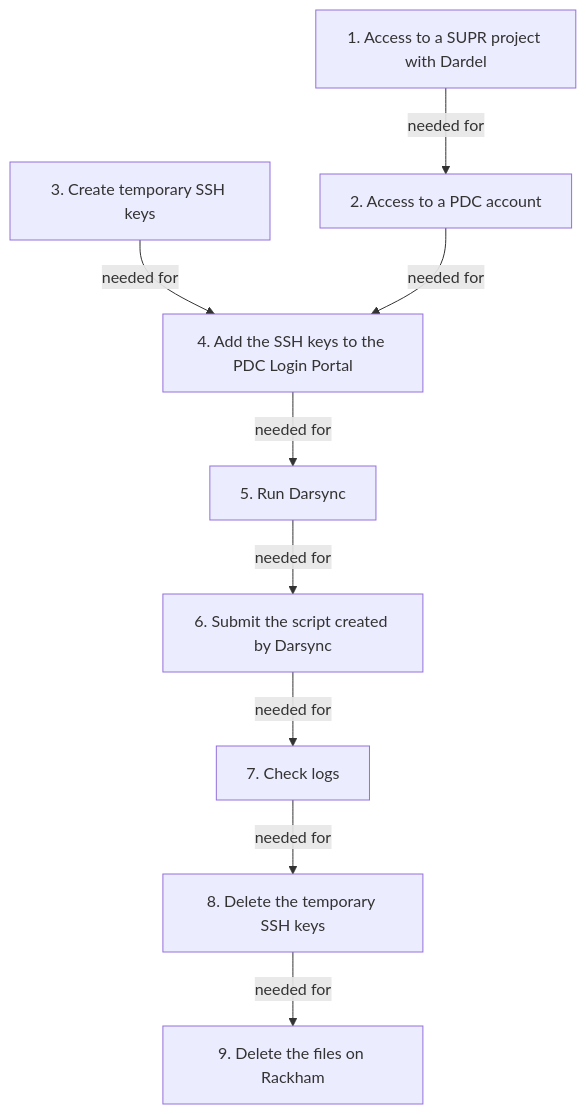
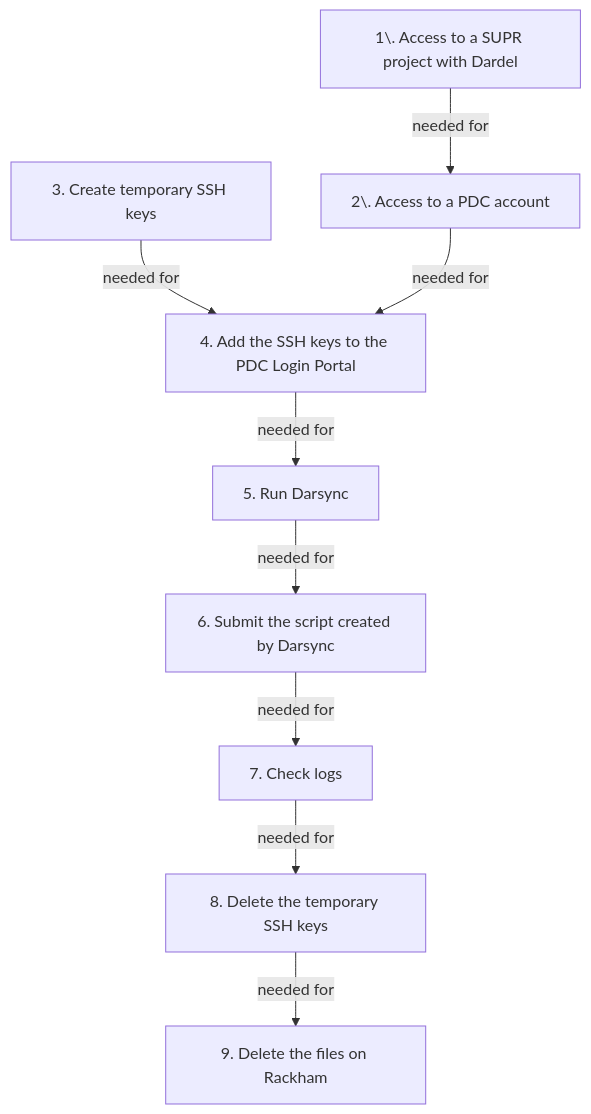
One commit to UPPMAX/UPPMAX-documentation changed the diagram in docs/cluster_guides/dardel_migration.md. Above: the diagram before and after it, drawn with Mermaid.

````diff
--- a/docs/cluster_guides/dardel_migration.md
+++ b/docs/cluster_guides/dardel_migration.md
@@ -62,22 +62,22 @@
 ```mermaid
 flowchart TD
-  get_supr_project[1. Access to a SUPR project with Dardel]
-  get_pdc_account[2. Access to a PDC account]
+  get_supr_project[1\. Access to a SUPR project with Dardel]
+  get_pdc_account[2\. Access to a PDC account]
   create_ssh_key[3. Create temporary SSH keys]
   add_ssh_key[4. Add the SSH keys to the PDC Login Portal]
   run_darsync[5. Run Darsync]
   slurm[6. Submit the script created by Darsync]
   check_logs[7. Check logs]
   delete_ssh_keys[8. Delete the temporary SSH keys]
   delete_rackham_files[9. Delete the files on Rackham]
 
   get_supr_project --> |needed for| get_pdc_account
 
   create_ssh_key --> |needed for| add_ssh_key
   get_pdc_account --> |needed for| add_ssh_key
   add_ssh_key --> |needed for| run_darsync
   run_darsync --> |needed for| slurm
   slurm --> |needed for| check_logs
   check_logs --> |needed for| delete_ssh_keys
   delete_ssh_keys --> |needed for| delete_rackham_files
 ```
````
